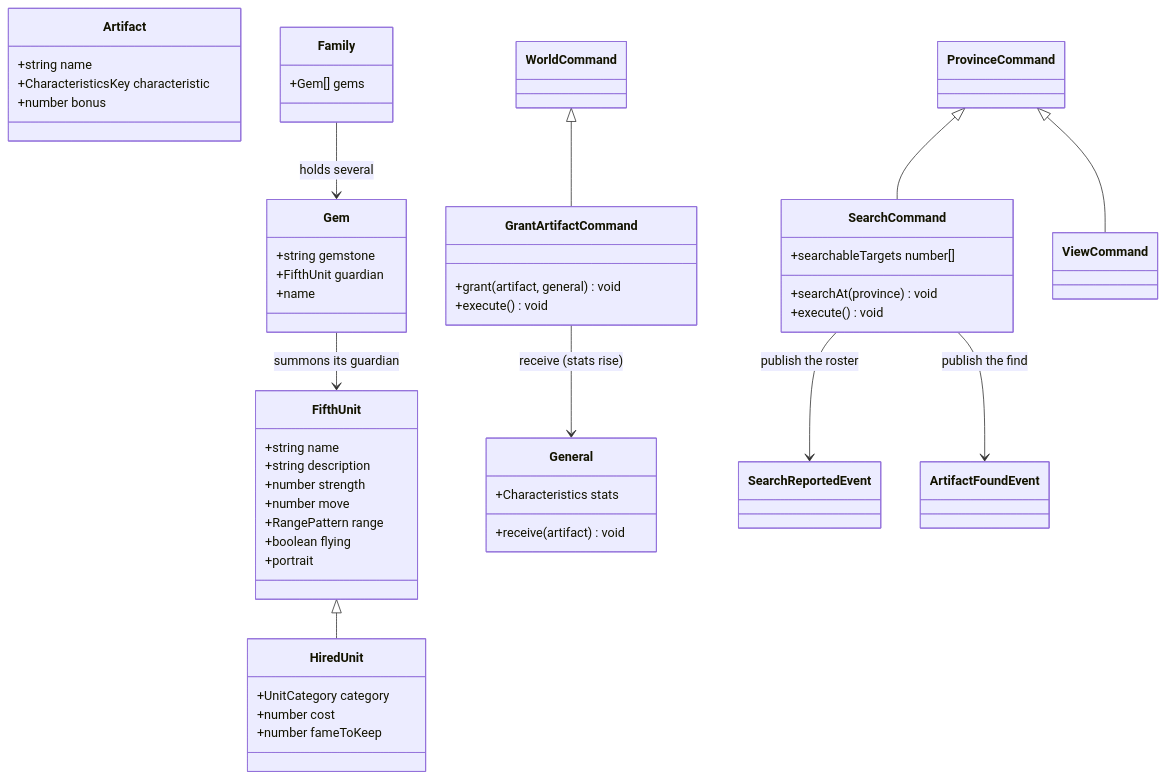
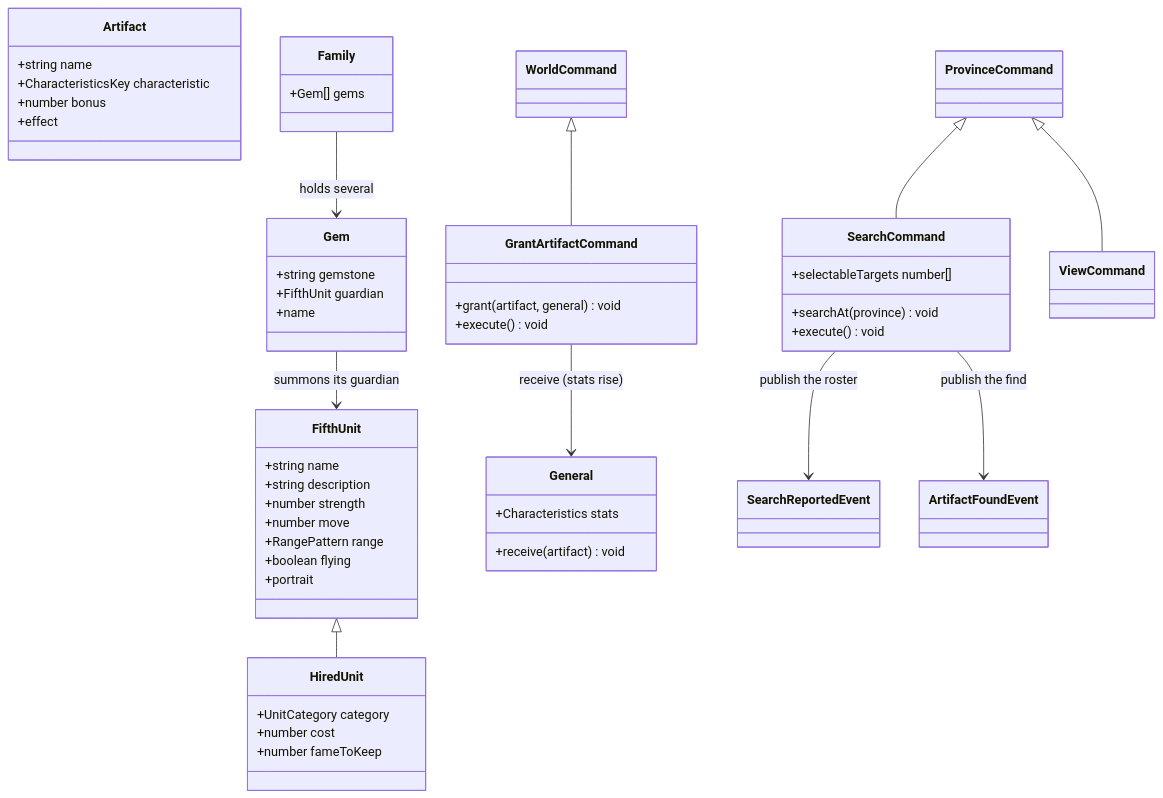
One commit to pslotinsky/kunstkamera changed the second of 4 diagrams in gemfire/docs/design/07-search-treasure-and-gems.md. Above: the diagram before and after it, drawn with Mermaid. The commit also changed other lines of this file and 66 other files, not shown here.

````diff
--- a/gemfire/docs/design/07-search-treasure-and-gems.md
+++ b/gemfire/docs/design/07-search-treasure-and-gems.md
@@ -111,52 +111,53 @@
 ```mermaid
 classDiagram
   class Artifact {
     +string name
     +CharacteristicsKey characteristic
     +number bonus
+    +effect
   }
   class FifthUnit {
     +string name
     +string description
     +number strength
     +number move
     +RangePattern range
     +boolean flying
     +portrait
   }
   class HiredUnit {
     +UnitCategory category
     +number cost
     +number fameToKeep
   }
   class Gem {
     +string gemstone
     +FifthUnit guardian
     +name
   }
   class General {
     +Characteristics stats
     +receive(artifact) void
   }
   class Family {
     +Gem[] gems
   }
   class SearchCommand {
-    +searchableTargets number[]
+    +selectableTargets number[]
     +searchAt(province) void
     +execute() void
   }
   class GrantArtifactCommand {
     +grant(artifact, general) void
     +execute() void
   }
   FifthUnit <|-- HiredUnit
   ProvinceCommand <|-- SearchCommand
   ProvinceCommand <|-- ViewCommand
   WorldCommand <|-- GrantArtifactCommand
   SearchCommand --> SearchReportedEvent : publish the roster
   SearchCommand --> ArtifactFoundEvent : publish the find
   GrantArtifactCommand --> General : receive (stats rise)
   Family --> Gem : holds several
   Gem --> FifthUnit : summons its guardian
 ```
````
